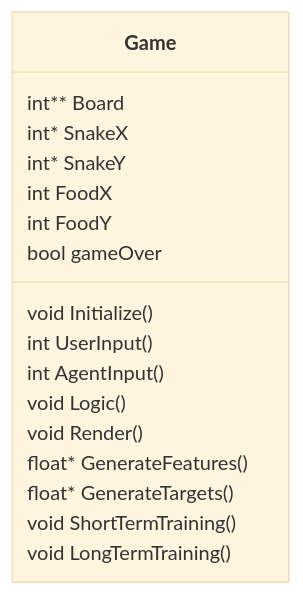
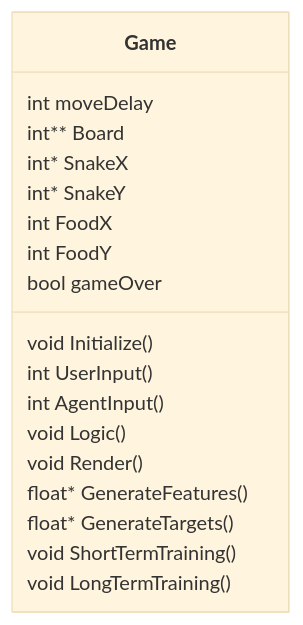
One commit to juan-esteban-berger/CUDA_Snake changed the first of 4 diagrams in README.md. Above: the diagram before and after it, drawn with Mermaid (base theme). The commit also changed other lines of this file, not shown here.

````diff
--- a/README.md
+++ b/README.md
@@ -13,20 +13,21 @@
 ```mermaid
 classDiagram
     class Game {
+        int moveDelay
         int** Board
         int* SnakeX
         int* SnakeY
         int FoodX
         int FoodY
         bool gameOver
         void Initialize()
         int UserInput()
         int AgentInput()
         void Logic()
         void Render()
         float* GenerateFeatures()
         float* GenerateTargets()
         void ShortTermTraining()
         void LongTermTraining()
     }
 ```
````
